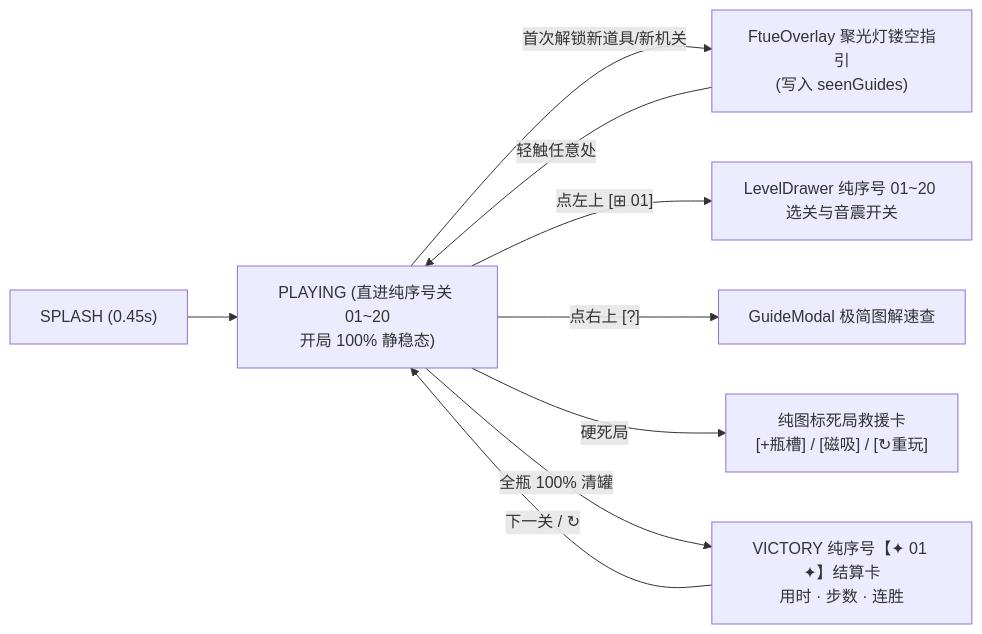
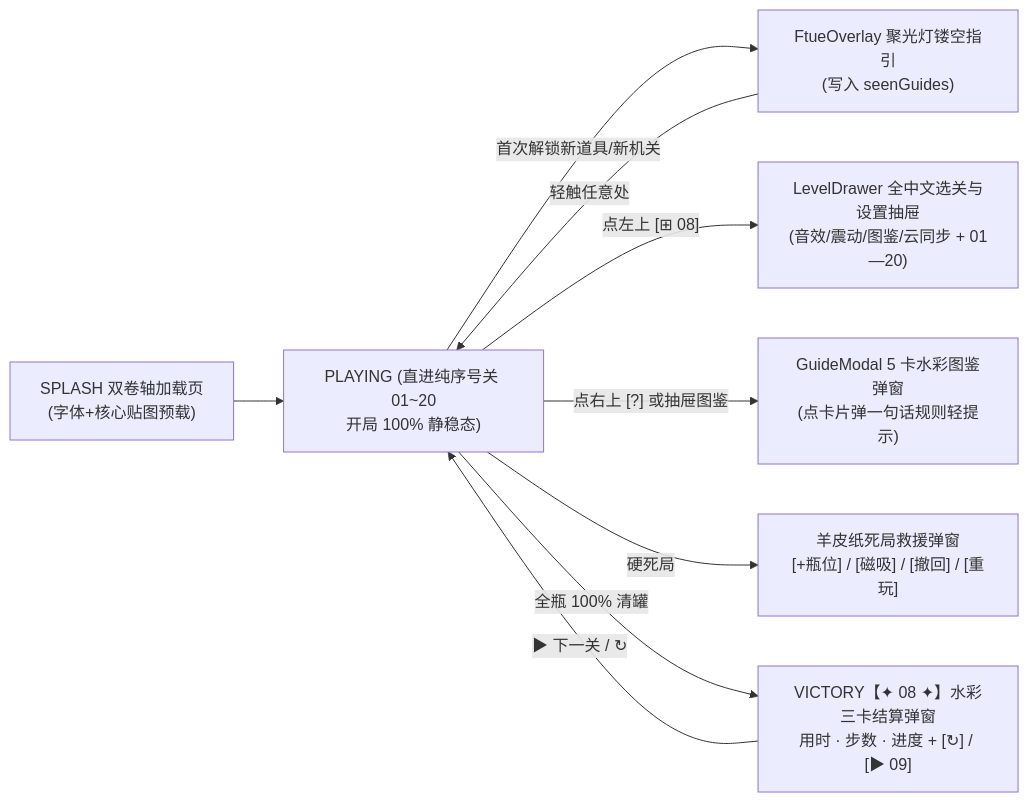
The diagram in docs/功能需求文档_PRD_v1.0.md (948049716/sha-li-tao-da-hong), drawn with Mermaid before and after one commit. The commit also changed other lines of this file and 49 other files, not shown here.

````diff
--- a/docs/功能需求文档_PRD_v1.0.md
+++ b/docs/功能需求文档_PRD_v1.0.md
@@ -19,11 +19,11 @@
 ```mermaid
 flowchart LR
-    Boot["SPLASH (0.45s)"] --> Play["PLAYING (直进纯序号关 01~20\n开局 100% 静稳态)"]
+    Boot["SPLASH 双卷轴加载页\n(字体+核心贴图预载)"] --> Play["PLAYING (直进纯序号关 01~20\n开局 100% 静稳态)"]
     Play -->|"首次解锁新道具/新机关"| Spot["FtueOverlay 聚光灯镂空指引\n(写入 seenGuides)"]
     Spot -->|"轻触任意处"| Play
-    Play -->|"点左上 [⊞ 01]"| Drawer["LevelDrawer 纯序号 01~20 选关与音震开关"]
-    Play -->|"点右上 [?]"| Guide["GuideModal 极简图解速查"]
-    Play -->|"硬死局"| Rescue["纯图标死局救援卡\n[+瓶槽] / [磁吸] / [↻重玩]"]
-    Play -->|"全瓶 100% 清罐"| Win["VICTORY 纯序号【✦ 01 ✦】结算卡\n用时 · 步数 · 连胜"]
-    Win -->|"下一关 / ↻"| Play
+    Play -->|"点左上 [⊞ 08]"| Drawer["LevelDrawer 全中文选关与设置抽屉\n(音效/震动/图鉴/云同步 + 01—20)"]
+    Play -->|"点右上 [?] 或抽屉图鉴"| Guide["GuideModal 5 卡水彩图鉴弹窗\n(点卡片弹一句话规则轻提示)"]
+    Play -->|"硬死局"| Rescue["羊皮纸死局救援弹窗\n[+瓶位] / [磁吸] / [撤回] / [重玩]"]
+    Play -->|"全瓶 100% 清罐"| Win["VICTORY【✦ 08 ✦】水彩三卡结算弹窗\n用时 · 步数 · 进度 + [↻] / [▶ 09]"]
+    Win -->|"▶ 下一关 / ↻"| Play
 ```
````
